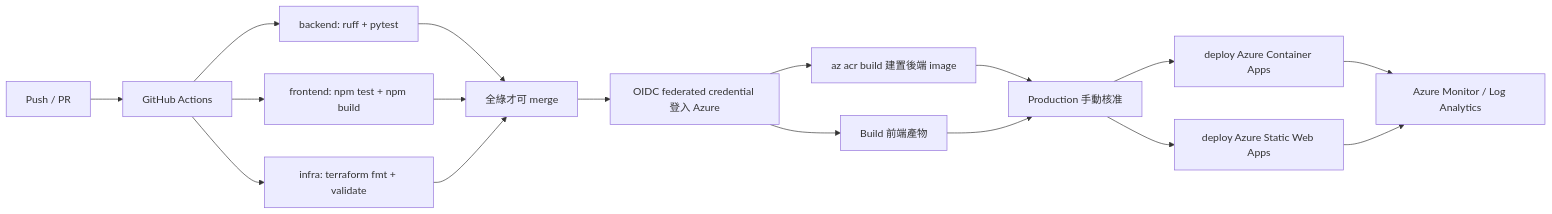
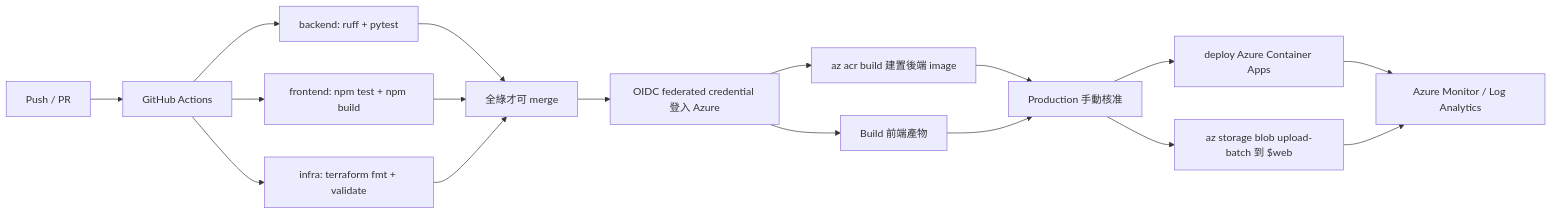
One commit to aoitsukikage-eng/trip-weather-planner changed the diagram in docs/cicd_flow.md. Above: the diagram before and after it, drawn with Mermaid. The commit also changed other lines of this file and 3 other files, not shown here.

Commit message:
docs: satisfy AC5 storage architecture narrative

````diff
--- a/docs/cicd_flow.md
+++ b/docs/cicd_flow.md
@@ -6,19 +6,19 @@
 ```mermaid
 flowchart LR
   DEV["Push / PR"] --> CI["GitHub Actions"]
   CI --> B["backend: ruff + pytest"]
   CI --> F["frontend: npm test + npm build"]
   CI --> I["infra: terraform fmt + validate"]
   B --> GATE["全綠才可 merge"]
   F --> GATE
   I --> GATE
   GATE --> AZLOGIN["OIDC federated credential 登入 Azure"]
   AZLOGIN --> ACRBUILD["az acr build 建置後端 image"]
-  AZLOGIN --> SWABUILD["Build 前端產物"]
+  AZLOGIN --> FEBUILD["Build 前端產物"]
   ACRBUILD --> APPROVE["Production 手動核准"]
-  SWABUILD --> APPROVE
+  FEBUILD --> APPROVE
   APPROVE --> DEPLOYAPI["deploy Azure Container Apps"]
-  APPROVE --> DEPLOYFE["deploy Azure Static Web Apps"]
+  APPROVE --> DEPLOYFE["az storage blob upload-batch 到 $web"]
   DEPLOYAPI --> OBS["Azure Monitor / Log Analytics"]
   DEPLOYFE --> OBS
 ```
````
